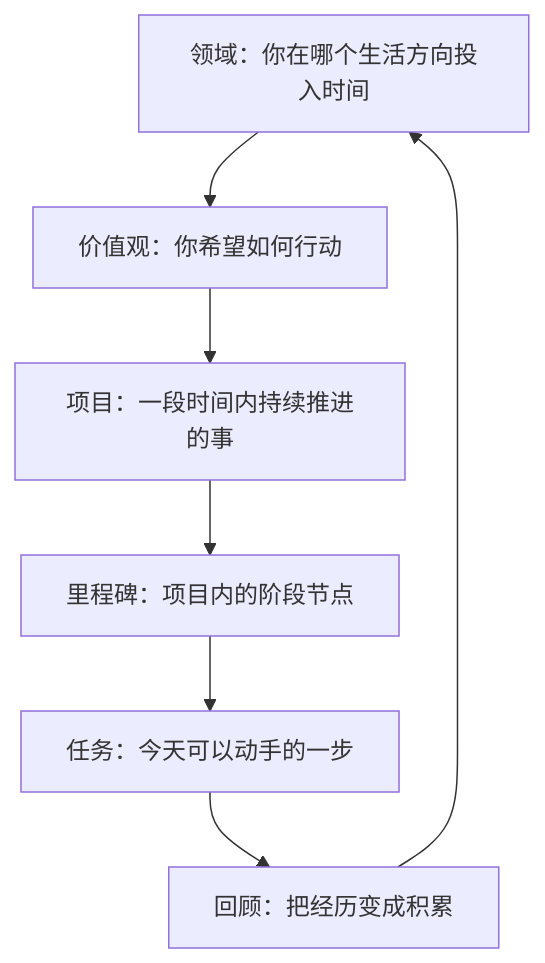
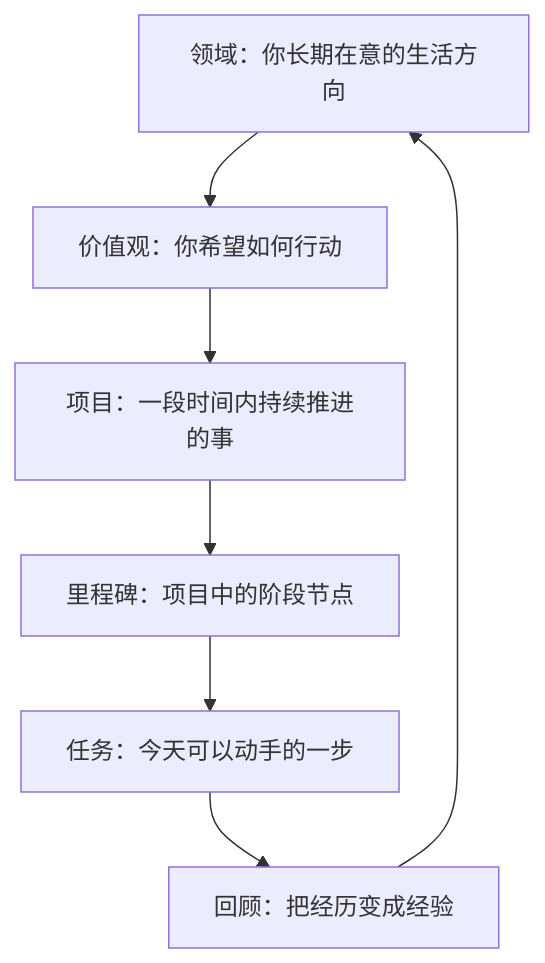
One commit to granoflow/granoflow-docs changed the diagram in manual/docs/value-to-action/from-domain-to-task.md. Above: the diagram before and after it, drawn with Mermaid. The commit also changed other lines of this file and 9 other files, not shown here.

````diff
--- a/manual/docs/value-to-action/from-domain-to-task.md
+++ b/manual/docs/value-to-action/from-domain-to-task.md
@@ -14,9 +23,9 @@
 ```mermaid
 graph TD
-  A[领域：你在哪个生活方向投入时间] --> B[价值观：你希望如何行动]
+  A[领域：你长期在意的生活方向] --> B[价值观：你希望如何行动]
   B --> C[项目：一段时间内持续推进的事]
-  C --> D[里程碑：项目内的阶段节点]
+  C --> D[里程碑：项目中的阶段节点]
   D --> E[任务：今天可以动手的一步]
-  E --> F[回顾：把经历变成积累]
+  E --> F[回顾：把经历变成经验]
   F --> A
 ```
````
